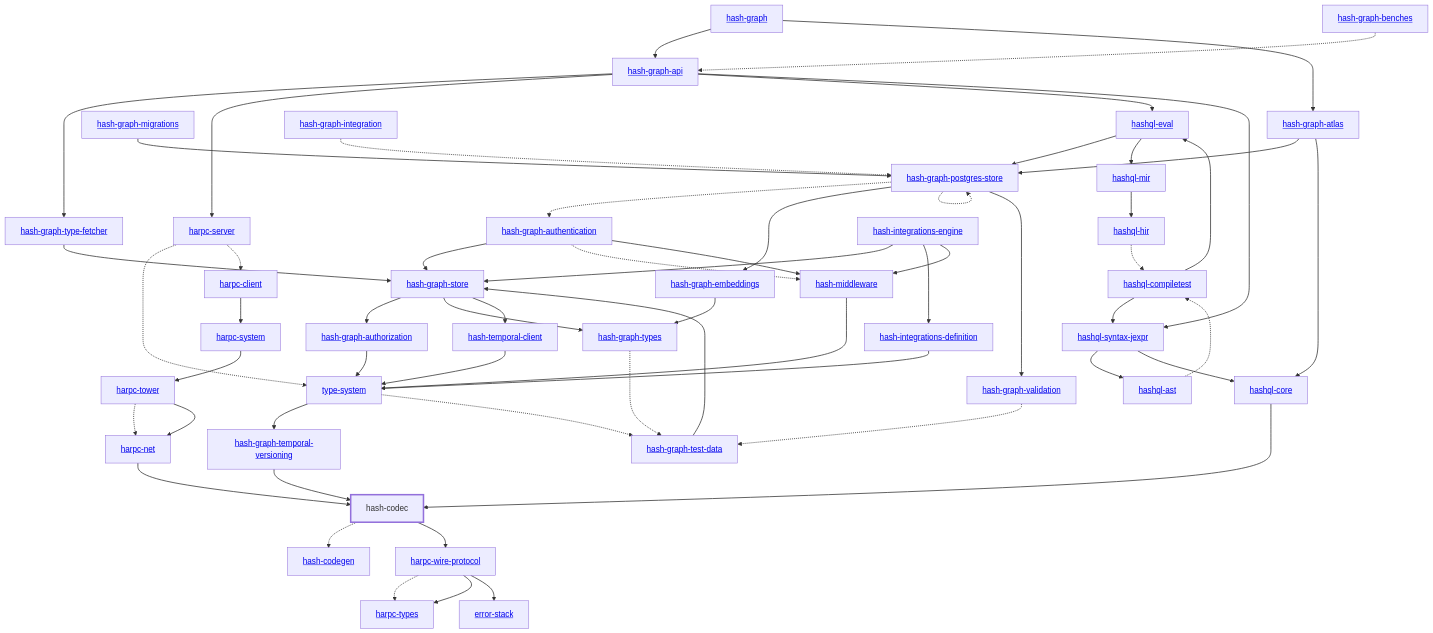
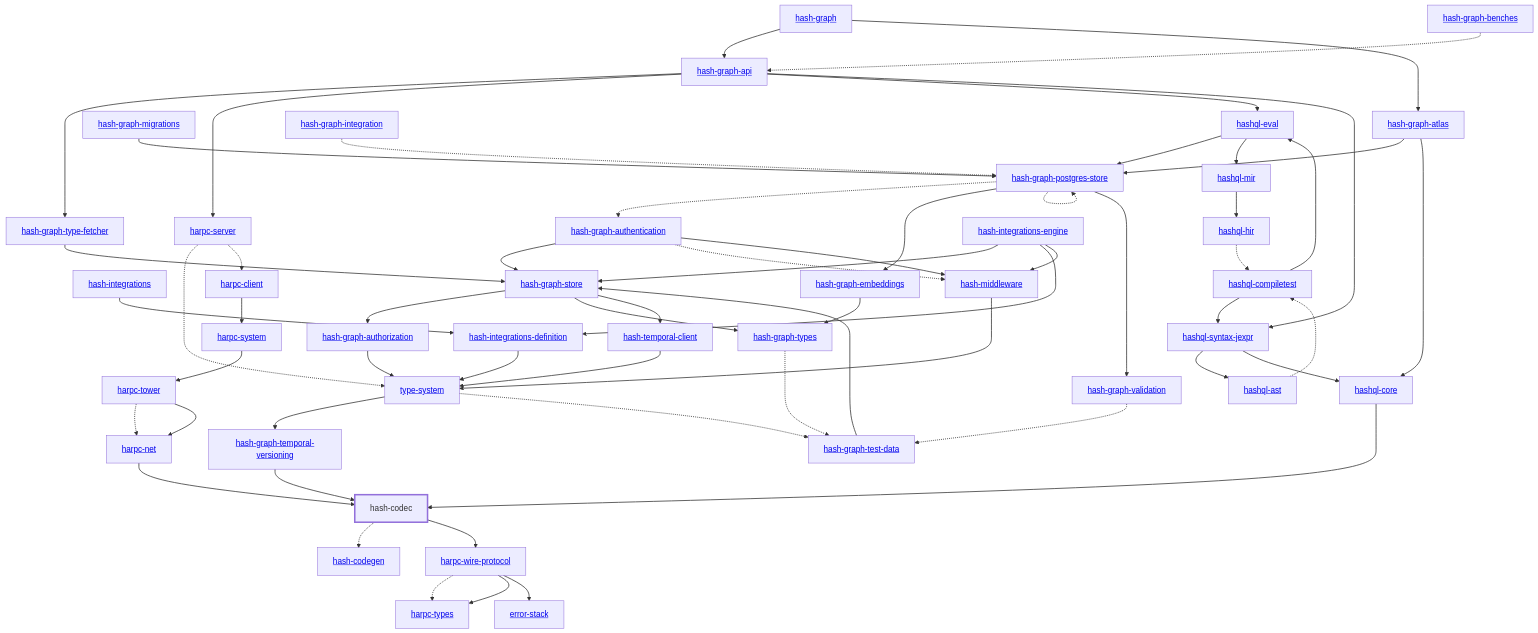
The diagram in libs/@local/codec/rust/docs/dependency-diagram.mmd (hashintel/hash), drawn with Mermaid before and after one commit. The commit also changed 17 other files, not shown here.

```diff
--- a/libs/@local/codec/rust/docs/dependency-diagram.mmd
+++ b/libs/@local/codec/rust/docs/dependency-diagram.mmd
@@ -1,107 +1,109 @@
 graph TD
     linkStyle default stroke-width:1.5px
     classDef default stroke-width:1px
     classDef root stroke-width:3px
     classDef dev stroke-width:1px
     classDef build stroke-width:1px
     %% Legend
     %% --> : Normal dependency
     %% -.-> : Dev dependency
     %% ---> : Build dependency
     0[<a href="../hash_graph/index.html">hash-graph</a>]
-    1[<a href="../type_system/index.html">type-system</a>]
-    2[hash-codec]
-    class 2 root
-    3[<a href="../hash_codegen/index.html">hash-codegen</a>]
-    4[<a href="../hash_graph_api/index.html">hash-graph-api</a>]
-    5[<a href="../hash_graph_atlas/index.html">hash-graph-atlas</a>]
-    6[<a href="../hash_graph_authentication/index.html">hash-graph-authentication</a>]
-    7[<a href="../hash_graph_authorization/index.html">hash-graph-authorization</a>]
-    8[<a href="../hash_graph_embeddings/index.html">hash-graph-embeddings</a>]
-    9[<a href="../hash_graph_migrations/index.html">hash-graph-migrations</a>]
-    10[<a href="../hash_graph_postgres_store/index.html">hash-graph-postgres-store</a>]
-    11[<a href="../hash_graph_store/index.html">hash-graph-store</a>]
-    12[<a href="../hash_graph_temporal_versioning/index.html">hash-graph-temporal-versioning</a>]
-    13[<a href="../hash_graph_type_fetcher/index.html">hash-graph-type-fetcher</a>]
-    14[<a href="../hash_graph_types/index.html">hash-graph-types</a>]
-    15[<a href="../hash_graph_validation/index.html">hash-graph-validation</a>]
-    16[<a href="../harpc_client/index.html">harpc-client</a>]
-    17[<a href="../harpc_net/index.html">harpc-net</a>]
-    18[<a href="../harpc_server/index.html">harpc-server</a>]
-    19[<a href="../harpc_system/index.html">harpc-system</a>]
-    20[<a href="../harpc_tower/index.html">harpc-tower</a>]
-    21[<a href="../harpc_types/index.html">harpc-types</a>]
-    22[<a href="../harpc_wire_protocol/index.html">harpc-wire-protocol</a>]
-    23[<a href="../hashql_ast/index.html">hashql-ast</a>]
-    24[<a href="../hashql_compiletest/index.html">hashql-compiletest</a>]
-    25[<a href="../hashql_core/index.html">hashql-core</a>]
-    26[<a href="../hashql_eval/index.html">hashql-eval</a>]
-    27[<a href="../hashql_hir/index.html">hashql-hir</a>]
-    28[<a href="../hashql_mir/index.html">hashql-mir</a>]
-    29[<a href="../hashql_syntax_jexpr/index.html">hashql-syntax-jexpr</a>]
-    30[<a href="../hash_integrations_definition/index.html">hash-integrations-definition</a>]
-    31[<a href="../hash_integrations_engine/index.html">hash-integrations-engine</a>]
-    32[<a href="../hash_middleware/index.html">hash-middleware</a>]
-    33[<a href="../hash_temporal_client/index.html">hash-temporal-client</a>]
-    34[<a href="../error_stack/index.html">error-stack</a>]
-    35[<a href="../hash_graph_benches/index.html">hash-graph-benches</a>]
-    36[<a href="../hash_graph_integration/index.html">hash-graph-integration</a>]
-    37[<a href="../hash_graph_test_data/index.html">hash-graph-test-data</a>]
-    0 --> 4
+    1[<a href="../hash_integrations/index.html">hash-integrations</a>]
+    2[<a href="../type_system/index.html">type-system</a>]
+    3[hash-codec]
+    class 3 root
+    4[<a href="../hash_codegen/index.html">hash-codegen</a>]
+    5[<a href="../hash_graph_api/index.html">hash-graph-api</a>]
+    6[<a href="../hash_graph_atlas/index.html">hash-graph-atlas</a>]
+    7[<a href="../hash_graph_authentication/index.html">hash-graph-authentication</a>]
+    8[<a href="../hash_graph_authorization/index.html">hash-graph-authorization</a>]
+    9[<a href="../hash_graph_embeddings/index.html">hash-graph-embeddings</a>]
+    10[<a href="../hash_graph_migrations/index.html">hash-graph-migrations</a>]
+    11[<a href="../hash_graph_postgres_store/index.html">hash-graph-postgres-store</a>]
+    12[<a href="../hash_graph_store/index.html">hash-graph-store</a>]
+    13[<a href="../hash_graph_temporal_versioning/index.html">hash-graph-temporal-versioning</a>]
+    14[<a href="../hash_graph_type_fetcher/index.html">hash-graph-type-fetcher</a>]
+    15[<a href="../hash_graph_types/index.html">hash-graph-types</a>]
+    16[<a href="../hash_graph_validation/index.html">hash-graph-validation</a>]
+    17[<a href="../harpc_client/index.html">harpc-client</a>]
+    18[<a href="../harpc_net/index.html">harpc-net</a>]
+    19[<a href="../harpc_server/index.html">harpc-server</a>]
+    20[<a href="../harpc_system/index.html">harpc-system</a>]
+    21[<a href="../harpc_tower/index.html">harpc-tower</a>]
+    22[<a href="../harpc_types/index.html">harpc-types</a>]
+    23[<a href="../harpc_wire_protocol/index.html">harpc-wire-protocol</a>]
+    24[<a href="../hashql_ast/index.html">hashql-ast</a>]
+    25[<a href="../hashql_compiletest/index.html">hashql-compiletest</a>]
+    26[<a href="../hashql_core/index.html">hashql-core</a>]
+    27[<a href="../hashql_eval/index.html">hashql-eval</a>]
+    28[<a href="../hashql_hir/index.html">hashql-hir</a>]
+    29[<a href="../hashql_mir/index.html">hashql-mir</a>]
+    30[<a href="../hashql_syntax_jexpr/index.html">hashql-syntax-jexpr</a>]
+    31[<a href="../hash_integrations_definition/index.html">hash-integrations-definition</a>]
+    32[<a href="../hash_integrations_engine/index.html">hash-integrations-engine</a>]
+    33[<a href="../hash_middleware/index.html">hash-middleware</a>]
+    34[<a href="../hash_temporal_client/index.html">hash-temporal-client</a>]
+    35[<a href="../error_stack/index.html">error-stack</a>]
+    36[<a href="../hash_graph_benches/index.html">hash-graph-benches</a>]
+    37[<a href="../hash_graph_integration/index.html">hash-graph-integration</a>]
+    38[<a href="../hash_graph_test_data/index.html">hash-graph-test-data</a>]
     0 --> 5
-    1 --> 12
-    1 -.-> 37
-    2 -.-> 3
-    2 --> 22
-    4 --> 13
-    4 --> 18
-    4 --> 26
-    4 --> 29
-    5 --> 10
-    5 --> 25
+    0 --> 6
+    1 --> 31
+    2 --> 13
+    2 -.-> 38
+    3 -.-> 4
+    3 --> 23
+    5 --> 14
+    5 --> 19
+    5 --> 27
+    5 --> 30
     6 --> 11
-    6 -.-> 32
-    6 --> 32
-    7 --> 1
-    8 --> 14
-    9 --> 10
-    10 -.-> 6
-    10 --> 8
-    10 -.-> 10
-    10 --> 15
-    11 --> 7
-    11 --> 14
-    11 --> 33
-    12 --> 2
-    13 --> 11
-    14 -.-> 37
-    15 -.-> 37
-    16 --> 19
-    17 --> 2
-    18 -.-> 1
-    18 -.-> 16
-    19 --> 20
-    20 -.-> 17
-    20 --> 17
-    22 -.-> 21
-    22 --> 21
-    22 --> 34
-    23 -.-> 24
-    24 --> 26
-    24 --> 29
-    25 --> 2
-    26 --> 10
-    26 --> 28
-    27 -.-> 24
-    28 --> 27
-    29 --> 23
-    29 --> 25
-    30 --> 1
-    31 --> 11
-    31 --> 30
-    31 --> 32
-    32 --> 1
-    33 --> 1
-    35 -.-> 4
-    36 -.-> 10
-    37 --> 11
+    6 --> 26
+    7 --> 12
+    7 -.-> 33
+    7 --> 33
+    8 --> 2
+    9 --> 15
+    10 --> 11
+    11 -.-> 7
+    11 --> 9
+    11 -.-> 11
+    11 --> 16
+    12 --> 8
+    12 --> 15
+    12 --> 34
+    13 --> 3
+    14 --> 12
+    15 -.-> 38
+    16 -.-> 38
+    17 --> 20
+    18 --> 3
+    19 -.-> 2
+    19 -.-> 17
+    20 --> 21
+    21 -.-> 18
+    21 --> 18
+    23 -.-> 22
+    23 --> 22
+    23 --> 35
+    24 -.-> 25
+    25 --> 27
+    25 --> 30
+    26 --> 3
+    27 --> 11
+    27 --> 29
+    28 -.-> 25
+    29 --> 28
+    30 --> 24
+    30 --> 26
+    31 --> 2
+    32 --> 12
+    32 --> 31
+    32 --> 33
+    33 --> 2
+    34 --> 2
+    36 -.-> 5
+    37 -.-> 11
+    38 --> 12
```
